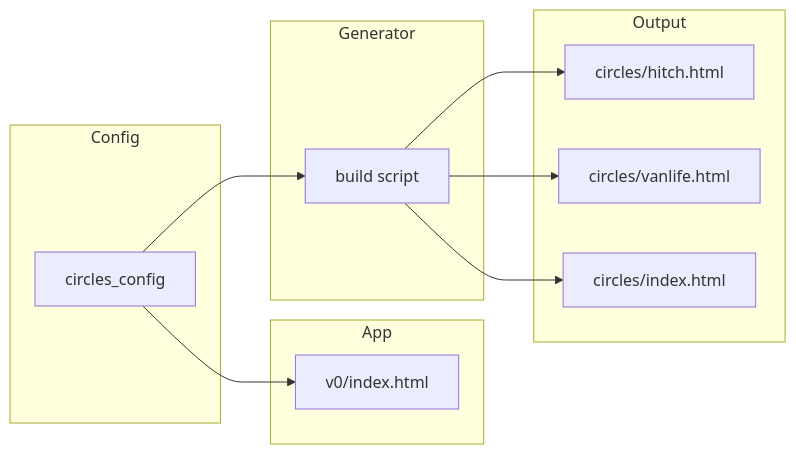
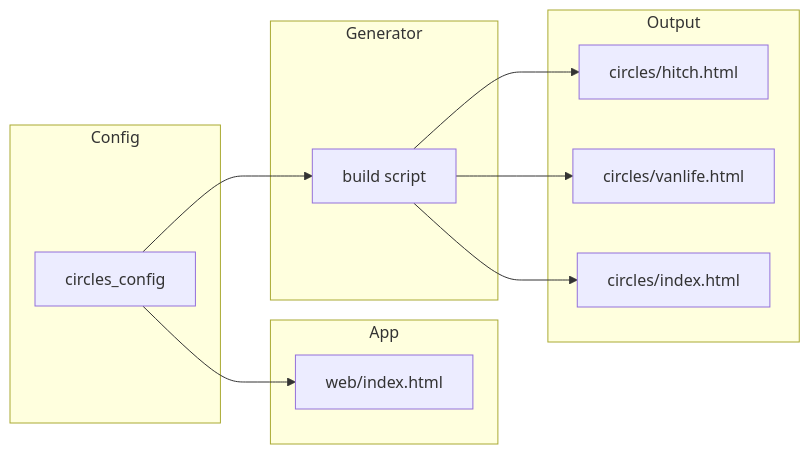
One commit to Trustroots/nostroots changed the diagram in vibe/docs/circle-apps-idea.md. Above: the diagram before and after it, drawn with Mermaid. The commit also changed other lines of this file and 37 other files, not shown here.

````diff
--- a/vibe/docs/circle-apps-idea.md
+++ b/vibe/docs/circle-apps-idea.md
@@ -14,22 +14,22 @@
 ```mermaid
 flowchart LR
   subgraph config [Config]
     C[circles_config]
   end
   subgraph app [App]
-    I[v0/index.html]
+    I[web/index.html]
   end
   subgraph gen [Generator]
     S[build script]
   end
   subgraph out [Output]
     H1["circles/hitch.html"]
     H2["circles/vanlife.html"]
     H3["circles/index.html"]
   end
   C --> I
   C --> S
   S --> H1
   S --> H2
   S --> H3
 ```
````
